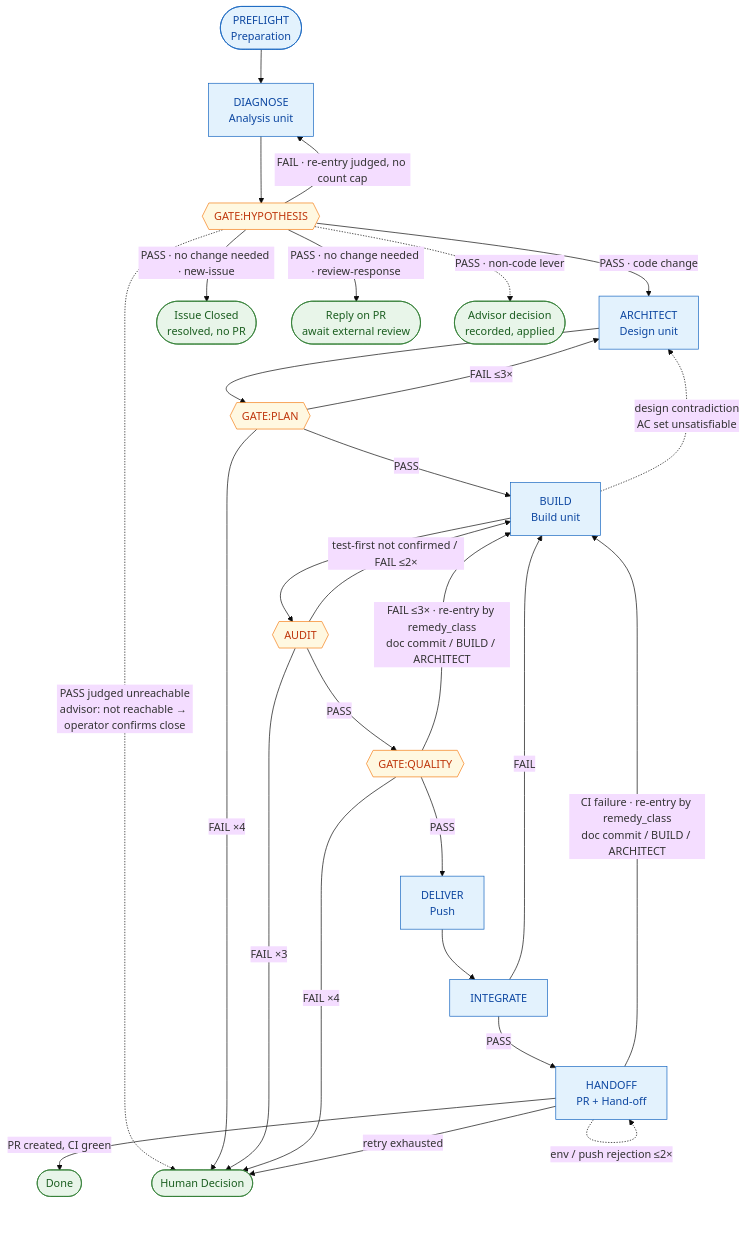
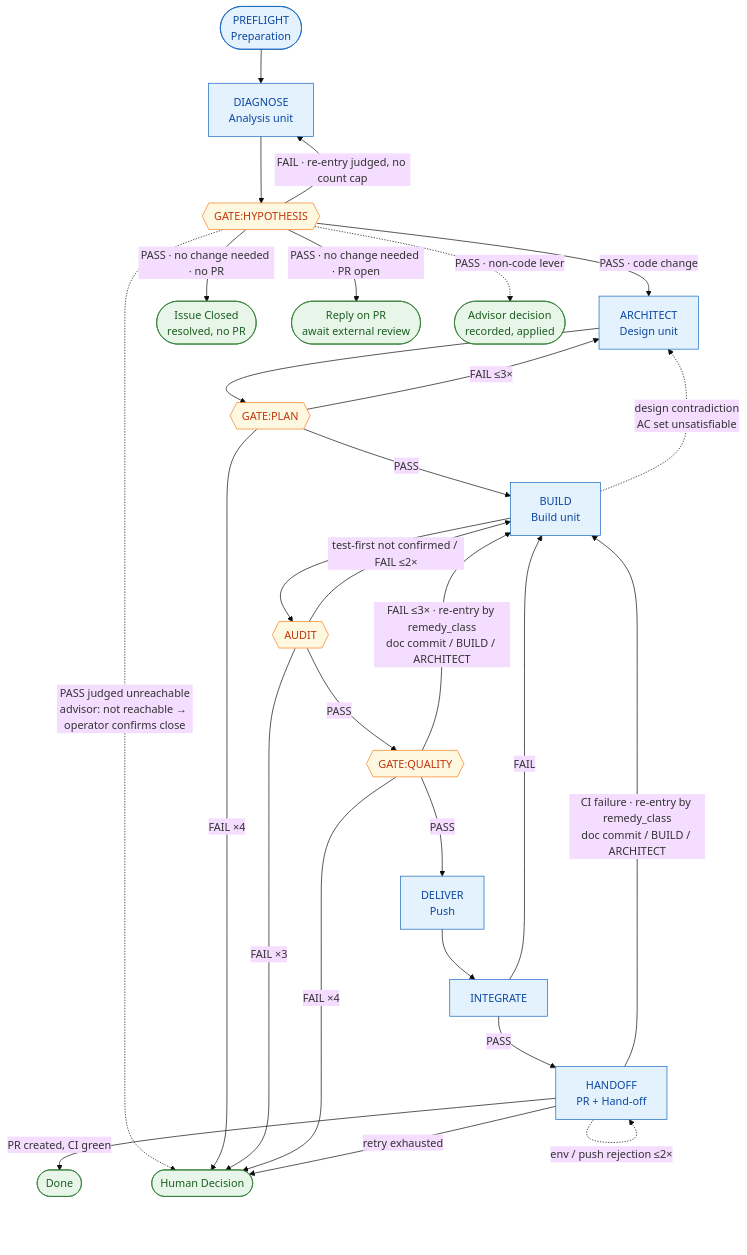
One commit to Munsik-Park/autoflow changed the diagram in docs/autoflow-guide.md. Above: the diagram before and after it, drawn with Mermaid (base theme). The commit also changed other lines of this file and 5 other files, not shown here.

First line of the commit message:
docs(#420): review round 4 — the no-change-needed answer is judged, not branched on a recorded mode

````diff
--- a/docs/autoflow-guide.md
+++ b/docs/autoflow-guide.md
@@ -52,51 +52,51 @@
 ```mermaid
 flowchart TD
     PRE([PREFLIGHT<br/>Preparation]):::phase
     DIA[DIAGNOSE<br/>Analysis unit]:::phase
     HYP{{GATE:HYPOTHESIS}}:::gate
     ARC[ARCHITECT<br/>Design unit]:::phase
     PLAN{{GATE:PLAN}}:::gate
     BLD[BUILD<br/>Build unit]:::phase
     AUD{{AUDIT}}:::gate
     QUAL{{GATE:QUALITY}}:::gate
     DEL[DELIVER<br/>Push]:::phase
     INT[INTEGRATE]:::phase
     HAND[HANDOFF<br/>PR + Hand-off]:::phase
     CLOSE([Issue Closed<br/>resolved, no PR]):::terminal
     REVW([Reply on PR<br/>await external review]):::terminal
     DONE([Done]):::terminal
     HUMAN([Human Decision]):::terminal
     ADV([Advisor decision<br/>recorded, applied]):::terminal
 
     PRE --> DIA
     DIA --> HYP
-    HYP -->|PASS · no change needed · new-issue| CLOSE
-    HYP -->|PASS · no change needed · review-response| REVW
+    HYP -->|PASS · no change needed · no PR| CLOSE
+    HYP -->|PASS · no change needed · PR open| REVW
     HYP -.->|PASS · non-code lever| ADV
     HYP -->|PASS · code change| ARC
     HYP -->|FAIL · re-entry judged, no count cap| DIA
     HYP -.->|PASS judged unreachable<br/>advisor: not reachable → operator confirms close| HUMAN
     ARC --> PLAN
     PLAN -->|PASS| BLD
     PLAN -->|FAIL ≤3×| ARC
     PLAN -->|FAIL ×4| HUMAN
     BLD --> AUD
     BLD -.->|design contradiction<br/>AC set unsatisfiable| ARC
     AUD -->|test-first not confirmed / FAIL ≤2×| BLD
     AUD -->|FAIL ×3| HUMAN
     AUD -->|PASS| QUAL
     QUAL -->|PASS| DEL
     QUAL -->|FAIL ≤3× · re-entry by remedy_class<br/>doc commit / BUILD / ARCHITECT| BLD
     QUAL -->|FAIL ×4| HUMAN
     DEL --> INT
     INT -->|FAIL| BLD
     INT -->|PASS| HAND
     HAND -.->|env / push rejection ≤2×| HAND
     HAND -->|CI failure · re-entry by remedy_class<br/>doc commit / BUILD / ARCHITECT| BLD
     HAND -->|retry exhausted| HUMAN
     HAND -->|PR created, CI green| DONE
 
     classDef phase fill:#e3f2fd,stroke:#1565c0,color:#0d47a1
     classDef gate fill:#fff8e1,stroke:#f57f17,color:#bf360c
     classDef terminal fill:#e8f5e9,stroke:#2e7d32,color:#1b5e20
 ```
````
